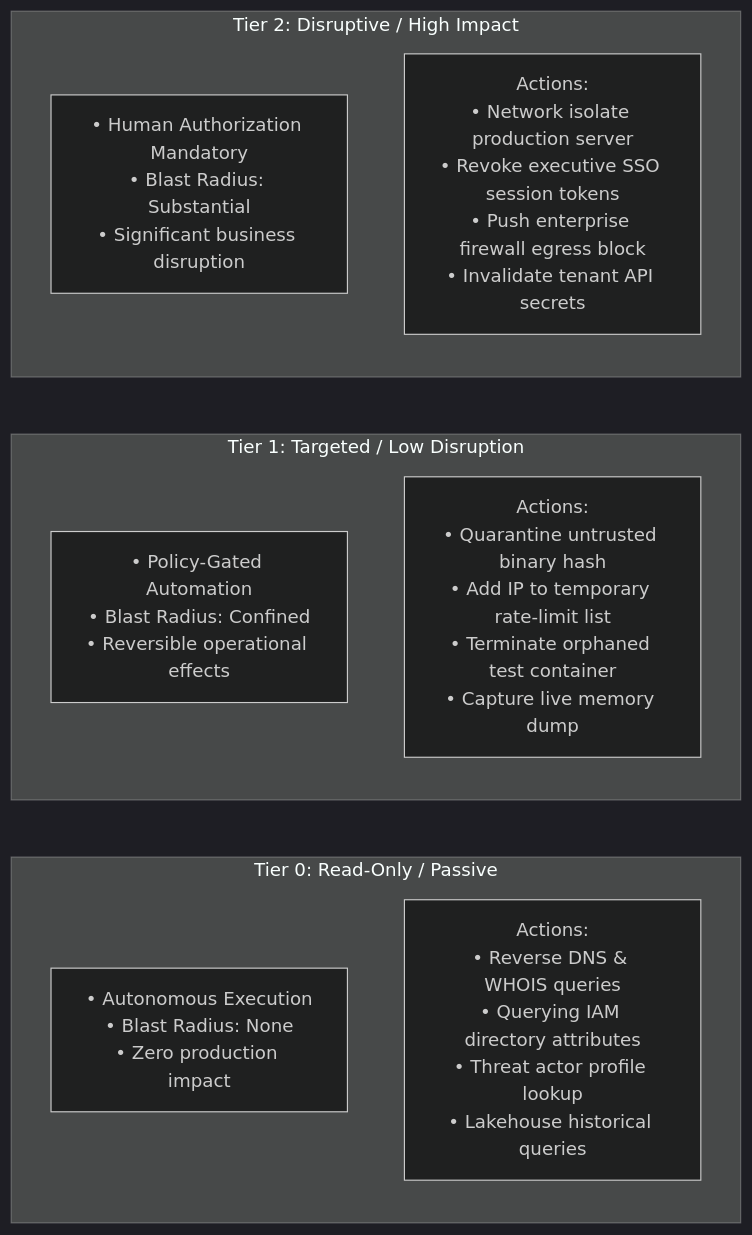
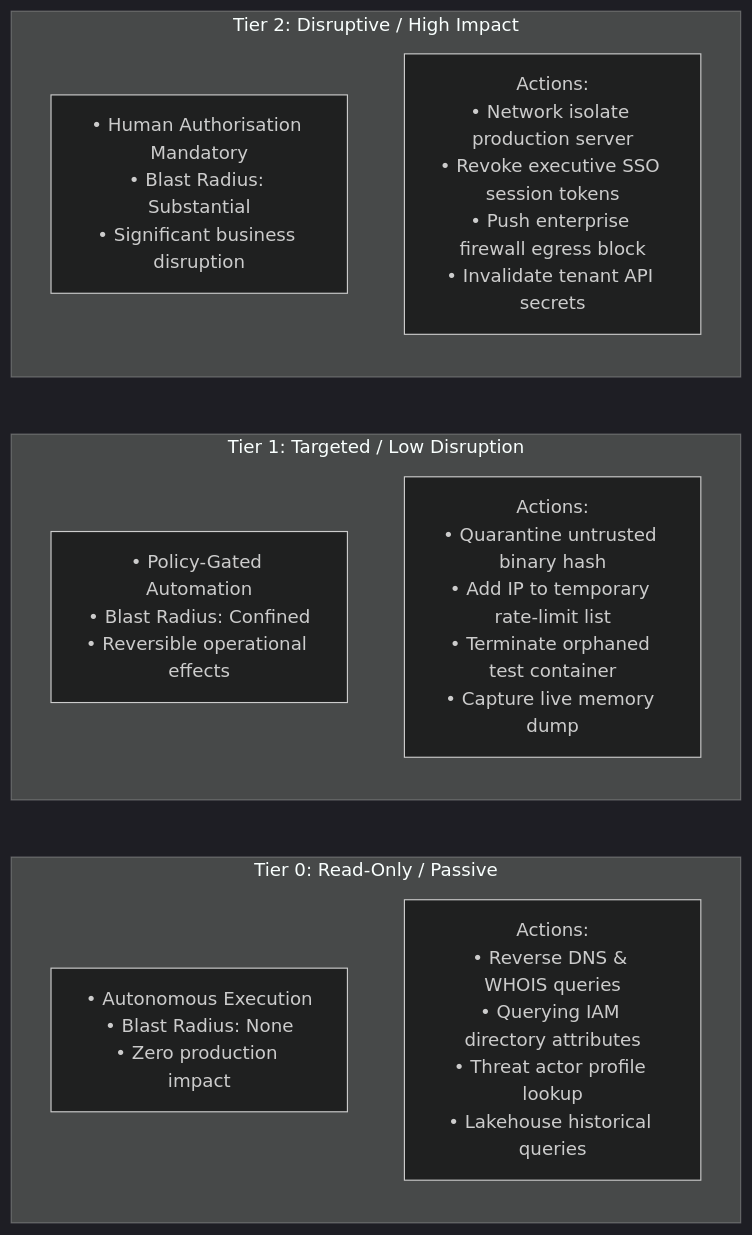
The fourth of 5 diagrams in docs/architecture/07-layer-4-incident-response.md (Haribu/TIDIR), drawn with Mermaid (dark theme) before and after one commit. The commit also changed other lines of this file and 34 other files, not shown here.

````diff
--- a/docs/architecture/07-layer-4-incident-response.md
+++ b/docs/architecture/07-layer-4-incident-response.md
@@ -161,17 +167,17 @@
 ```mermaid
 flowchart LR
   subgraph Tier0 ["Tier 0: Read-Only / Passive"]
     T0_DESC["• Autonomous Execution\n• Blast Radius: None\n• Zero production impact"]
     T0_ACT["Actions:\n• Reverse DNS & WHOIS queries\n• Querying IAM directory attributes\n• Threat actor profile lookup\n• Lakehouse historical queries"]
   end
 
   subgraph Tier1 ["Tier 1: Targeted / Low Disruption"]
     T1_DESC["• Policy-Gated Automation\n• Blast Radius: Confined\n• Reversible operational effects"]
     T1_ACT["Actions:\n• Quarantine untrusted binary hash\n• Add IP to temporary rate-limit list\n• Terminate orphaned test container\n• Capture live memory dump"]
   end
 
   subgraph Tier2 ["Tier 2: Disruptive / High Impact"]
-    T2_DESC["• Human Authorization Mandatory\n• Blast Radius: Substantial\n• Significant business disruption"]
+    T2_DESC["• Human Authorisation Mandatory\n• Blast Radius: Substantial\n• Significant business disruption"]
     T2_ACT["Actions:\n• Network isolate production server\n• Revoke executive SSO session tokens\n• Push enterprise firewall egress block\n• Invalidate tenant API secrets"]
   end
 ```
````
